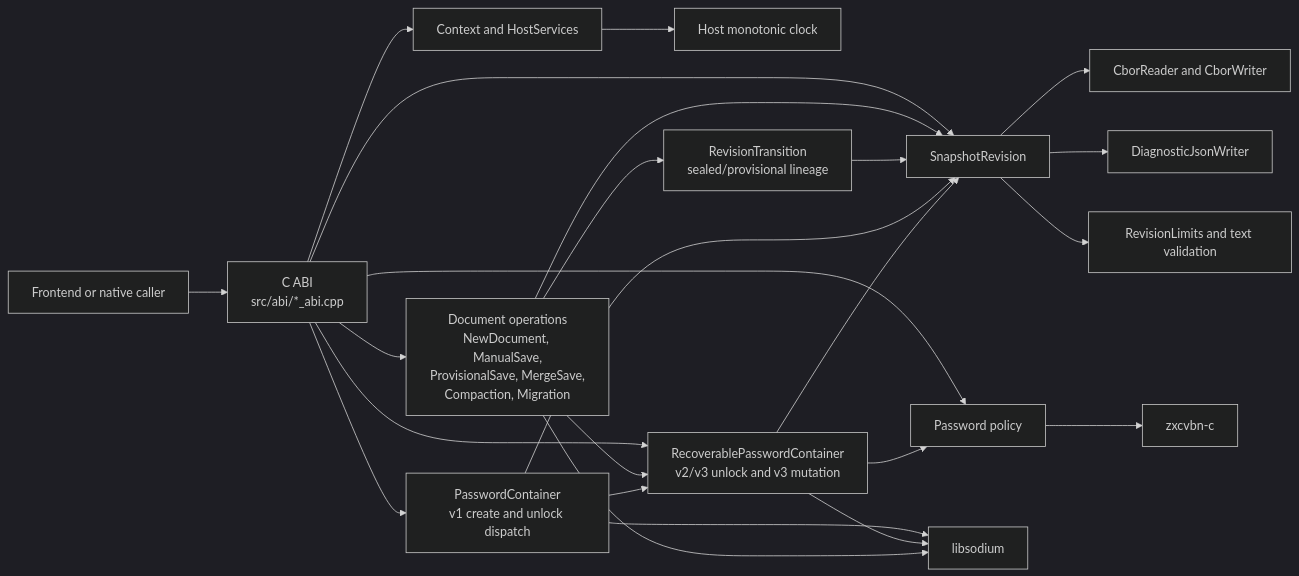
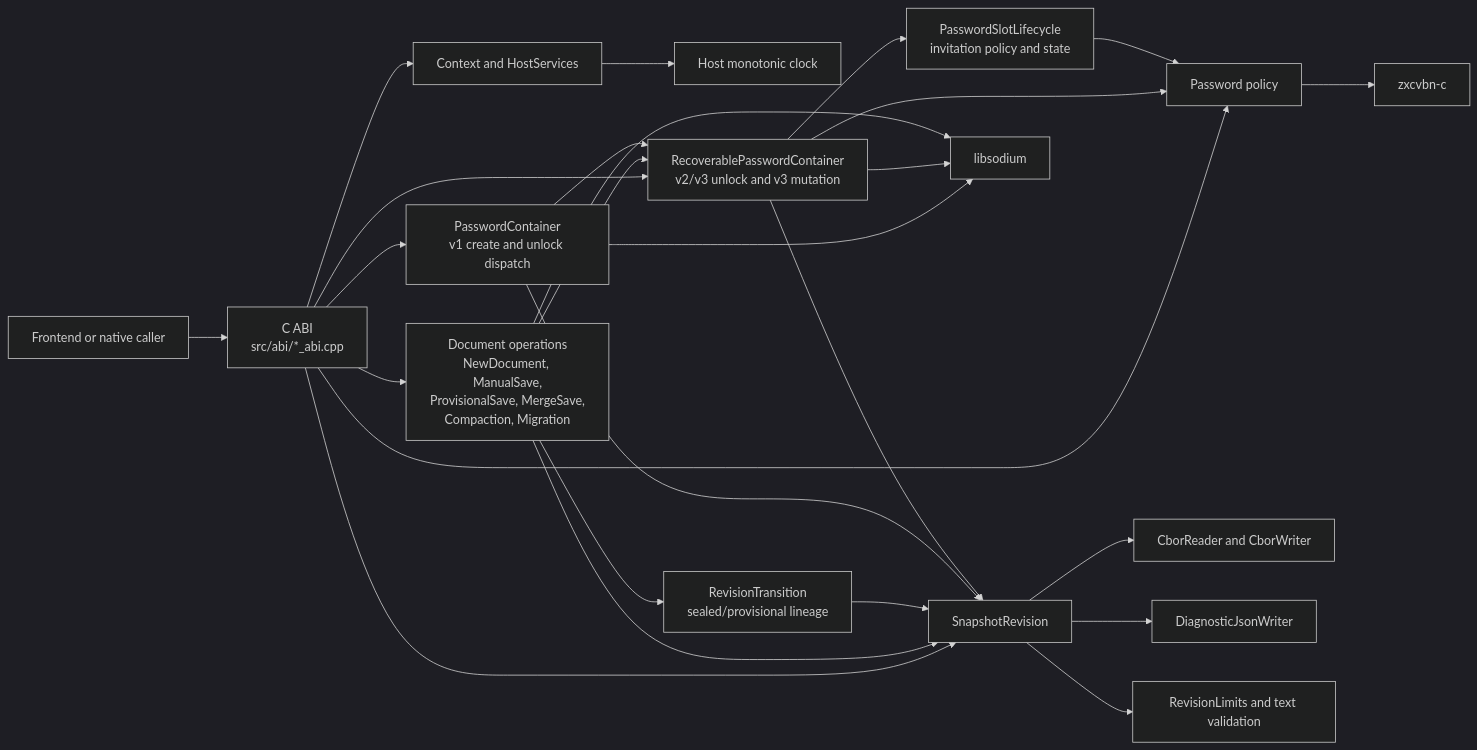
Before and after one commit to davelopware/scpefe: the diagram in docs/CPP_LIBRARY_ARCHITECTURE.md, drawn with Mermaid (dark theme). The commit also changed other lines of this file and 5 other files, not shown here.

Commit message:
refactor: centralize invitation slot lifecycle policy

````diff
--- a/docs/CPP_LIBRARY_ARCHITECTURE.md
+++ b/docs/CPP_LIBRARY_ARCHITECTURE.md
@@ -9,26 +9,28 @@
 ```mermaid
 flowchart LR
     Caller["Frontend or native caller"] --> ABI["C ABI<br/>src/abi/*_abi.cpp"]
     ABI --> Context["Context and HostServices"]
     Context --> Clock["Host monotonic clock"]
     ABI --> Operations["Document operations<br/>NewDocument, ManualSave,<br/>ProvisionalSave, MergeSave,<br/>Compaction, Migration"]
     ABI --> PasswordContainer["PasswordContainer<br/>v1 create and unlock dispatch"]
     ABI --> Recoverable["RecoverablePasswordContainer<br/>v2/v3 unlock and v3 mutation"]
     ABI --> Revision["SnapshotRevision"]
     ABI --> Policy["Password policy"]
     Operations --> Recoverable
     Operations --> Transition["RevisionTransition<br/>sealed/provisional lineage"]
     Operations --> Revision
     Transition --> Revision
     PasswordContainer --> Recoverable
     PasswordContainer --> Revision
     Recoverable --> Revision
     Recoverable --> Policy
+    Recoverable --> SlotLifecycle["PasswordSlotLifecycle<br/>invitation policy and state"]
+    SlotLifecycle --> Policy
     Revision --> CBOR["CborReader and CborWriter"]
     Revision --> JSON["DiagnosticJsonWriter"]
     Revision --> Limits["RevisionLimits and text validation"]
     PasswordContainer --> Sodium["libsodium"]
     Recoverable --> Sodium
     Operations --> Sodium
     Policy --> Zxcvbn["zxcvbn-c"]
 ```
````
